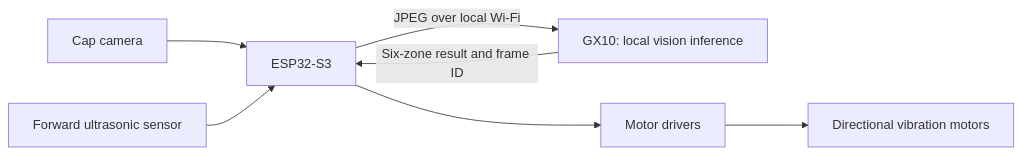
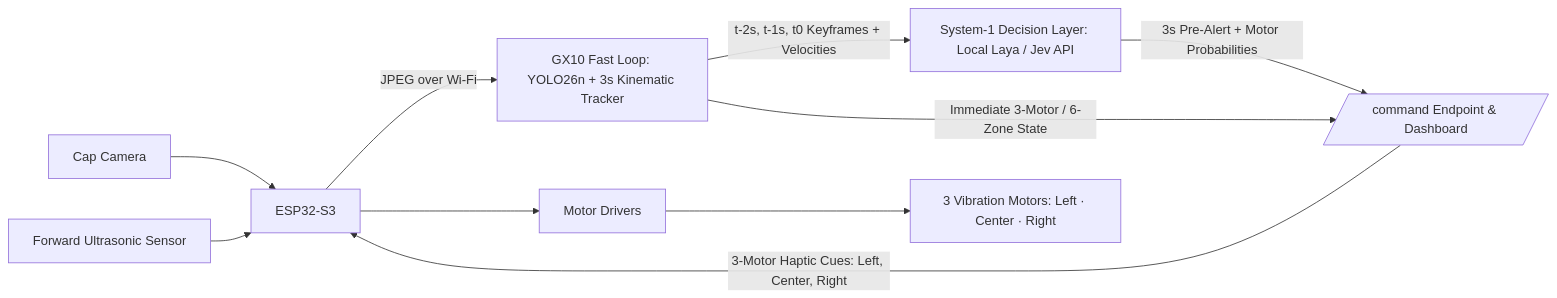
One commit to hjo3-cse40/RAGging-Canes changed the diagram in README.md. Above: the diagram before and after it, drawn with Mermaid. The commit also changed other lines of this file, not shown here.

Commit message:
docs: update README for Laya/Jev decision layer and 3-motor haptic MVP

````diff
--- a/README.md
+++ b/README.md
@@ -81,9 +23,12 @@
 ```mermaid
 flowchart LR
-    Camera[Cap camera] --> ESP32[ESP32-S3]
-    ESP32 -->|JPEG over local Wi-Fi| GX10[GX10: local vision inference]
-    GX10 -->|Six-zone result and frame ID| ESP32
-    Ultrasonic[Forward ultrasonic sensor] --> ESP32
-    ESP32 --> Drivers[Motor drivers]
-    Drivers --> Motors[Directional vibration motors]
+    Camera[Cap Camera] --> ESP32[ESP32-S3]
+    ESP32 -->|JPEG over Wi-Fi| YOLO[GX10 Fast Loop: YOLO26n + 3s Kinematic Tracker]
+    YOLO -->|t-2s, t-1s, t0 Keyframes + Velocities| Decision[System-1 Decision Layer: Local Laya / Jev API]
+    YOLO -->|Immediate 3-Motor / 6-Zone State| Cmd[/command Endpoint & Dashboard/]
+    Decision -->|3s Pre-Alert + Motor Probabilities| Cmd
+    Cmd -->|3-Motor Haptic Cues: Left, Center, Right| ESP32
+    Ultrasonic[Forward Ultrasonic Sensor] --> ESP32
+    ESP32 --> Drivers[Motor Drivers]
+    Drivers --> Motors[3 Vibration Motors: Left · Center · Right]
 ```
````
